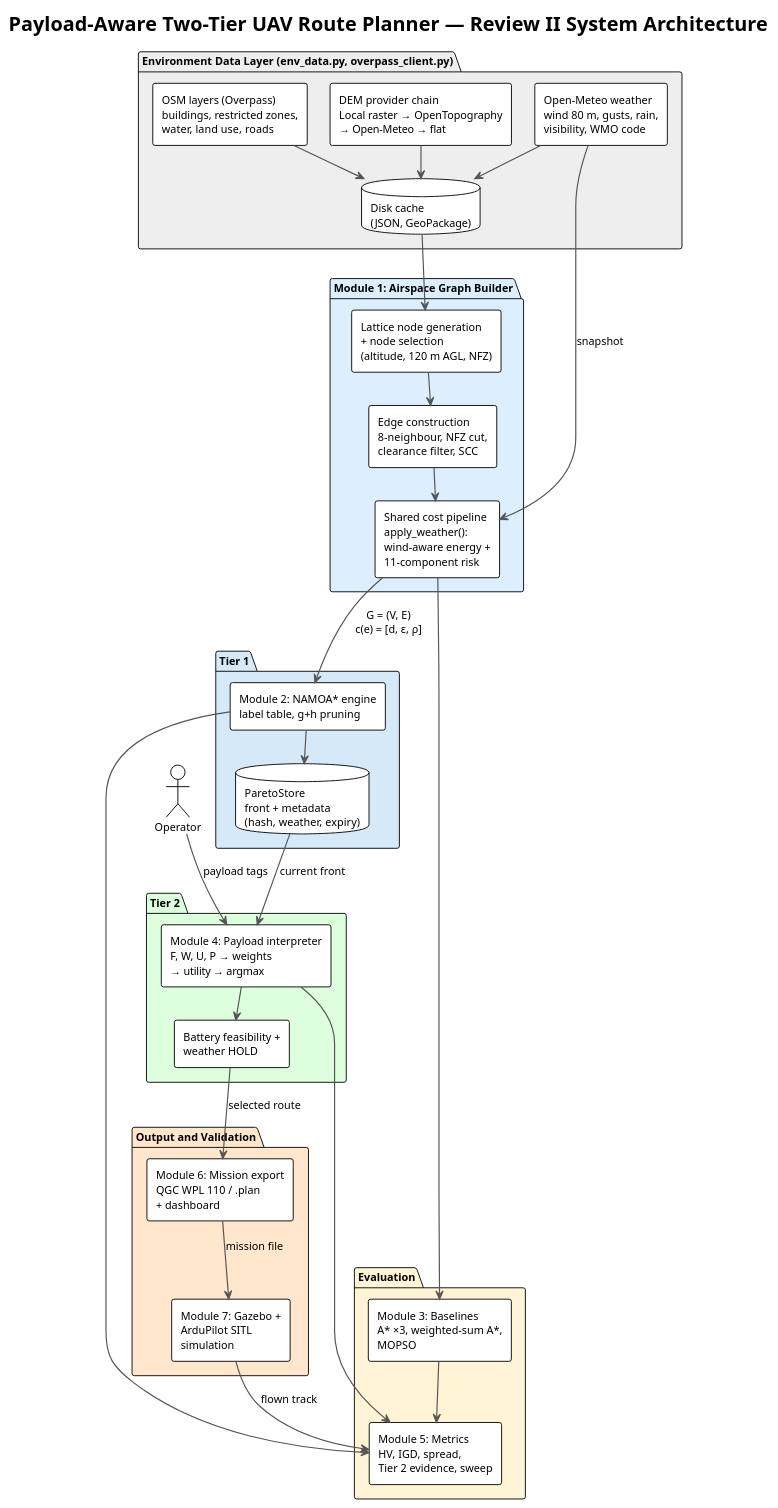
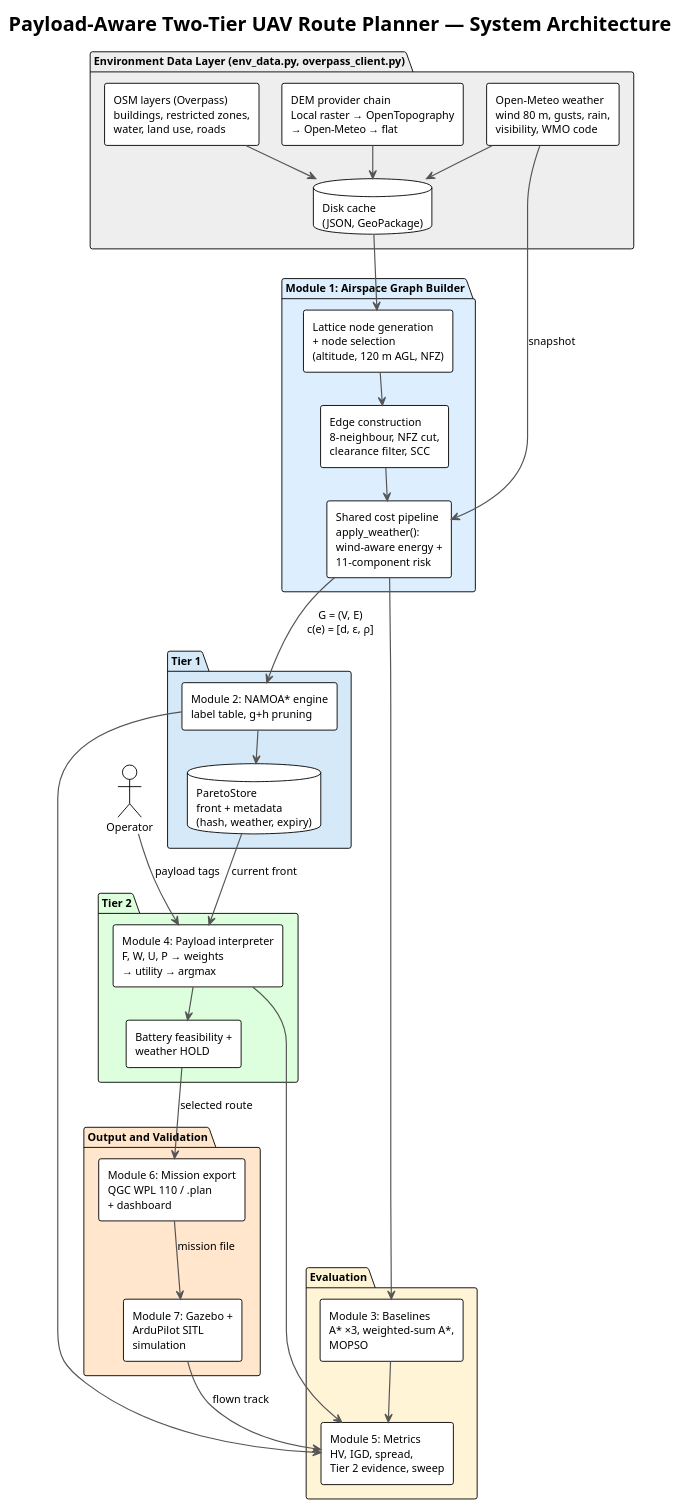
One commit to thirumuruganra/fyp-drone changed the diagram in Review_2/diagrams/arch.puml. Above: the diagram before and after it, drawn with PlantUML. The commit also changed 3 other files, not shown here.

First line of the commit message:
docs(review2): describe current system state outside Q&A chapter

```diff
--- a/Review_2/diagrams/arch.puml
+++ b/Review_2/diagrams/arch.puml
@@ -1,67 +1,67 @@
 @startuml arch
 !theme plain
 skinparam componentStyle rectangle
 skinparam defaultFontSize 12
 skinparam ArrowThickness 1.3
 skinparam ArrowColor #555555
 skinparam packageFontSize 12
 skinparam nodesep 25
 skinparam ranksep 35
 
-title Payload-Aware Two-Tier UAV Route Planner — Review II System Architecture
+title Payload-Aware Two-Tier UAV Route Planner — System Architecture
 
 package "Environment Data Layer (env_data.py, overpass_client.py)" #EEEEEE {
   [Open-Meteo weather\nwind 80 m, gusts, rain,\nvisibility, WMO code] as WX
   [DEM provider chain\nLocal raster → OpenTopography\n→ Open-Meteo → flat] as DEM
   [OSM layers (Overpass)\nbuildings, restricted zones,\nwater, land use, roads] as OSM
   database "Disk cache\n(JSON, GeoPackage)" as CACHE
 }
 
 package "Module 1: Airspace Graph Builder" #DDEEFF {
   [Lattice node generation\n+ node selection\n(altitude, 120 m AGL, NFZ)] as NODES
   [Edge construction\n8-neighbour, NFZ cut,\nclearance filter, SCC] as EDGES
   [Shared cost pipeline\napply_weather():\nwind-aware energy +\n11-component risk] as COST
 }
 
 package "Tier 1" #D6E9F8 {
   [Module 2: NAMOA* engine\nlabel table, g+h pruning] as T1
   database "ParetoStore\nfront + metadata\n(hash, weather, expiry)" as STORE
 }
 
 package "Tier 2" #DDFFDD {
   [Module 4: Payload interpreter\nF, W, U, P → weights\n→ utility → argmax] as T2
   [Battery feasibility +\nweather HOLD] as FEAS
 }
 
 package "Evaluation" #FFF4D6 {
   [Module 3: Baselines\nA* ×3, weighted-sum A*,\nMOPSO] as BASE
   [Module 5: Metrics\nHV, IGD, spread,\nTier 2 evidence, sweep] as EVAL
 }
 
 package "Output and Validation" #FFE6CC {
   [Module 6: Mission export\nQGC WPL 110 / .plan\n+ dashboard] as EXP
   [Module 7: Gazebo +\nArduPilot SITL\nsimulation] as SIM
 }
 
 actor Operator as OP
 
 WX --> CACHE
 DEM --> CACHE
 OSM --> CACHE
 CACHE --> NODES
 NODES --> EDGES
 EDGES --> COST
 WX --> COST : snapshot
 COST --> T1 : G = (V, E)\nc(e) = [d, ε, ρ]
 T1 --> STORE
 STORE --> T2 : current front
 OP --> T2 : payload tags
 T2 --> FEAS
 FEAS --> EXP : selected route
 EXP --> SIM : mission file
 COST --> BASE
 T1 --> EVAL
 BASE --> EVAL
 T2 --> EVAL
 SIM --> EVAL : flown track
 @enduml
```
